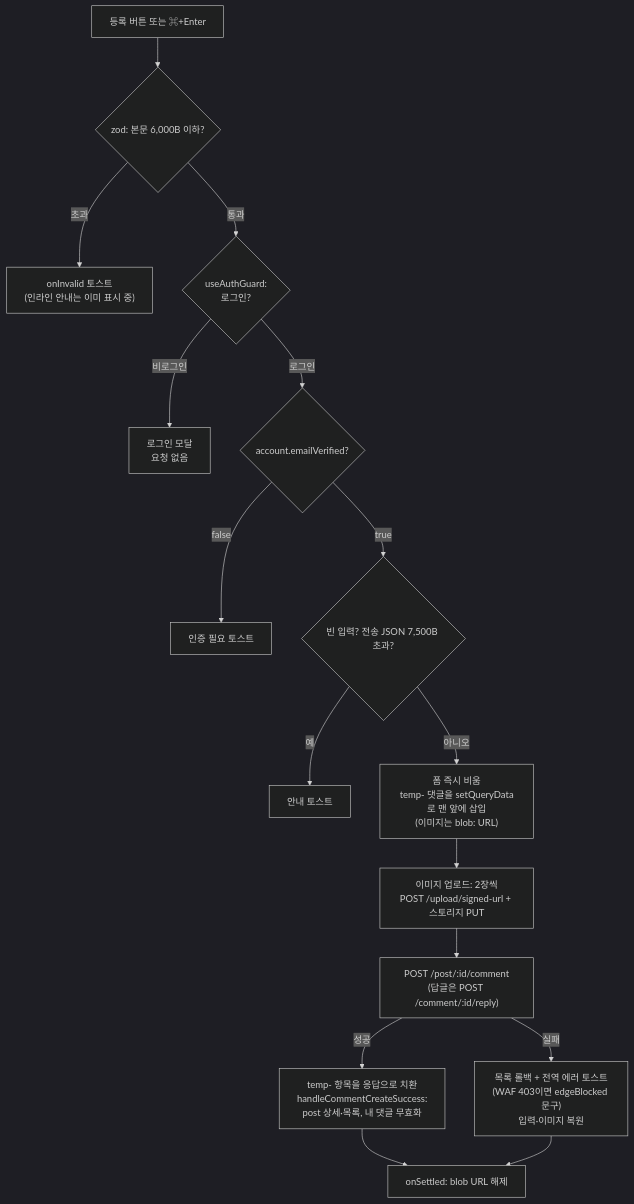
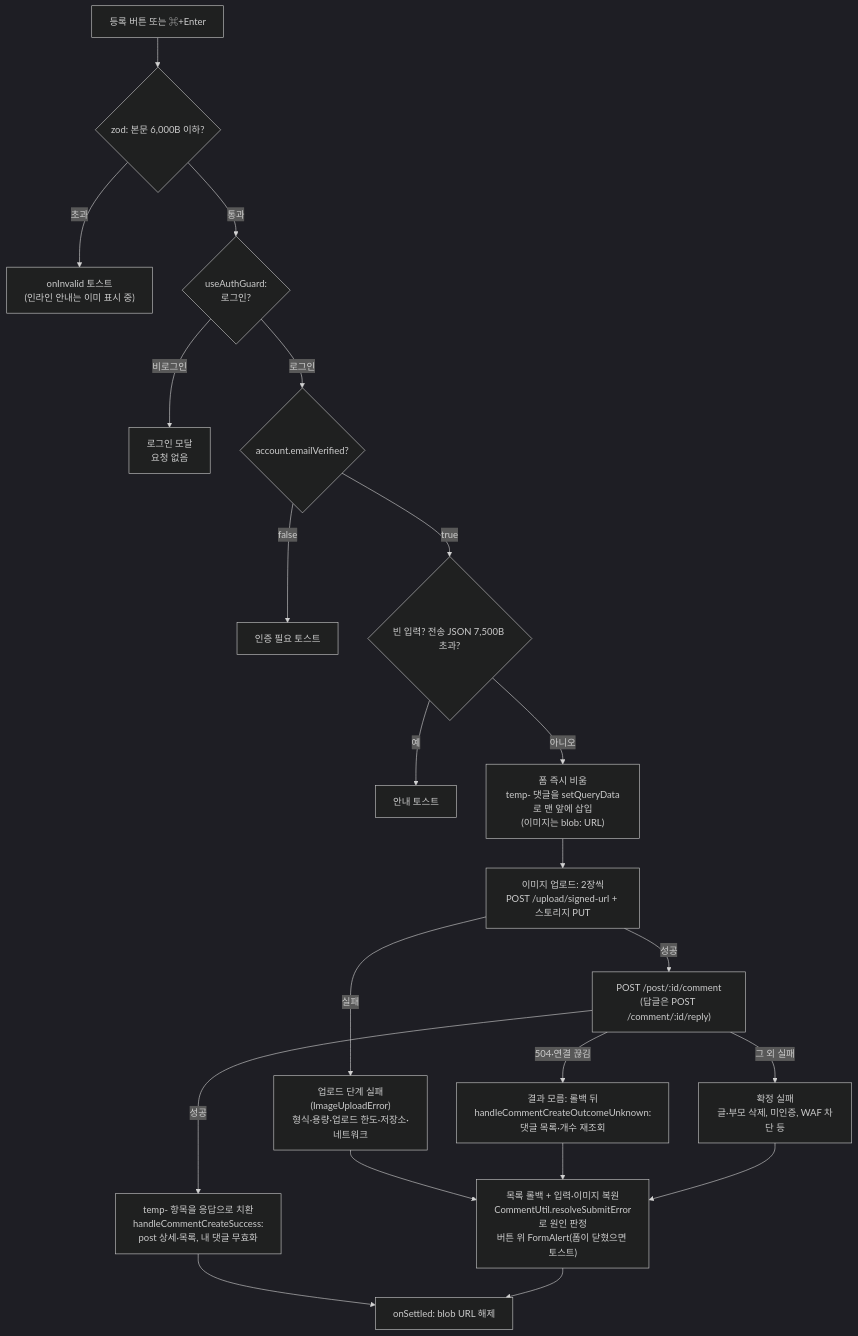
The diagram in docs/COMMENT.md (BAECHAN/link-sphere_FE_NEW), drawn with Mermaid (dark theme) before and after one commit. The commit also changed other lines of this file and 32 other files, not shown here.

First line of the commit message:
feat(comment): 댓글 등록·수정 실패 원인을 버튼 위에 안내(이미지 형식·용량·한도·저장소·연결) (#330)

````diff
--- a/docs/COMMENT.md
+++ b/docs/COMMENT.md
@@ -33,18 +33,23 @@
 ```mermaid
 flowchart TD
   Click["등록 버튼 또는 ⌘+Enter"] --> Zod{"zod: 본문 6,000B 이하?"}
   Zod -->|"초과"| TooLong["onInvalid 토스트<br/>(인라인 안내는 이미 표시 중)"]
   Zod -->|"통과"| Guard{"useAuthGuard:<br/>로그인?"}
   Guard -->|"비로그인"| LoginModal["로그인 모달<br/>요청 없음"]
   Guard -->|"로그인"| Verified{"account.emailVerified?"}
   Verified -->|"false"| VerifyToast["인증 필요 토스트"]
   Verified -->|"true"| Payload{"빈 입력? 전송 JSON 7,500B 초과?"}
   Payload -->|"예"| PayloadToast["안내 토스트"]
   Payload -->|"아니오"| Optimistic["폼 즉시 비움<br/>temp- 댓글을 setQueryData로 맨 앞에 삽입<br/>(이미지는 blob: URL)"]
   Optimistic --> Upload["이미지 업로드: 2장씩<br/>POST /upload/signed-url + 스토리지 PUT"]
-  Upload --> Post["POST /post/:id/comment<br/>(답글은 POST /comment/:id/reply)"]
+  Upload -->|"실패"| UploadFail["업로드 단계 실패(ImageUploadError)<br/>형식·용량·업로드 한도·저장소·네트워크"]
+  Upload -->|"성공"| Post["POST /post/:id/comment<br/>(답글은 POST /comment/:id/reply)"]
   Post -->|"성공"| Replace["temp- 항목을 응답으로 치환<br/>handleCommentCreateSuccess:<br/>post 상세·목록, 내 댓글 무효화"]
-  Post -->|"실패"| Rollback["목록 롤백 + 전역 에러 토스트<br/>(WAF 403이면 edgeBlocked 문구)<br/>입력·이미지 복원"]
+  Post -->|"504·연결 끊김"| Unknown["결과 모름: 롤백 뒤<br/>handleCommentCreateOutcomeUnknown:<br/>댓글 목록·개수 재조회"]
+  Post -->|"그 외 실패"| Settled["확정 실패<br/>글·부모 삭제, 미인증, WAF 차단 등"]
+  UploadFail --> Rollback["목록 롤백 + 입력·이미지 복원<br/>CommentUtil.resolveSubmitError로 원인 판정<br/>버튼 위 FormAlert(폼이 닫혔으면 토스트)"]
+  Unknown --> Rollback
+  Settled --> Rollback
   Replace --> Revoke["onSettled: blob URL 해제"]
   Rollback --> Revoke
 ```
````
